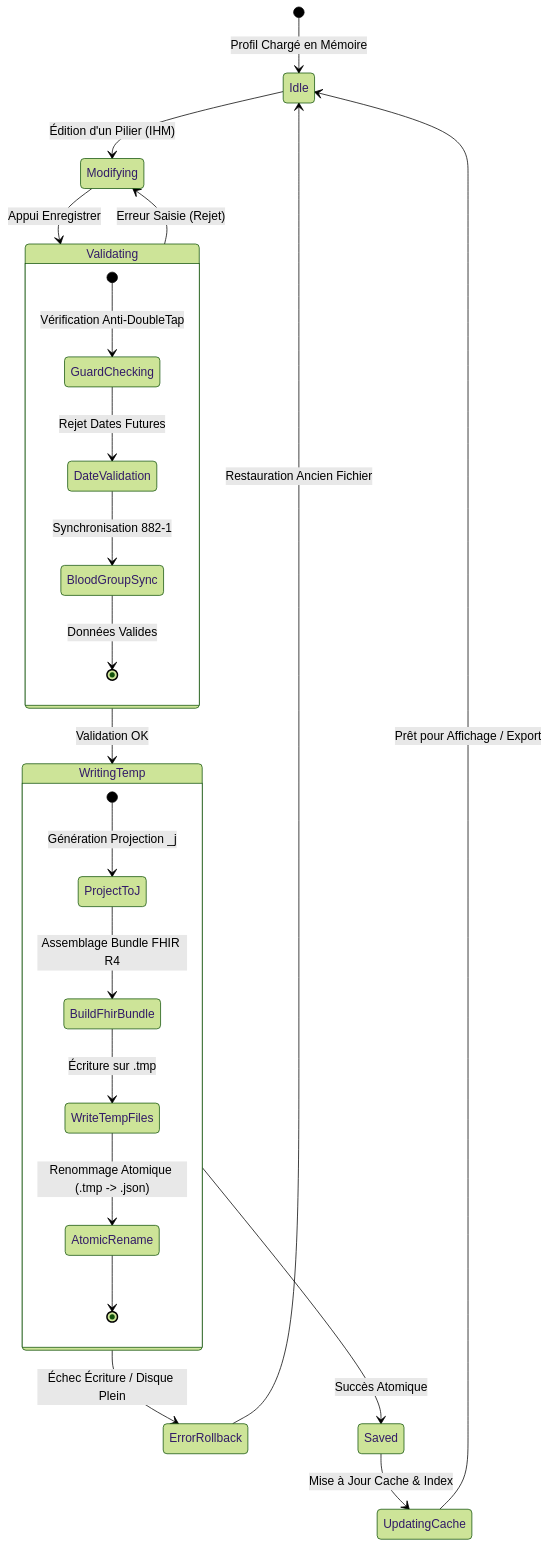
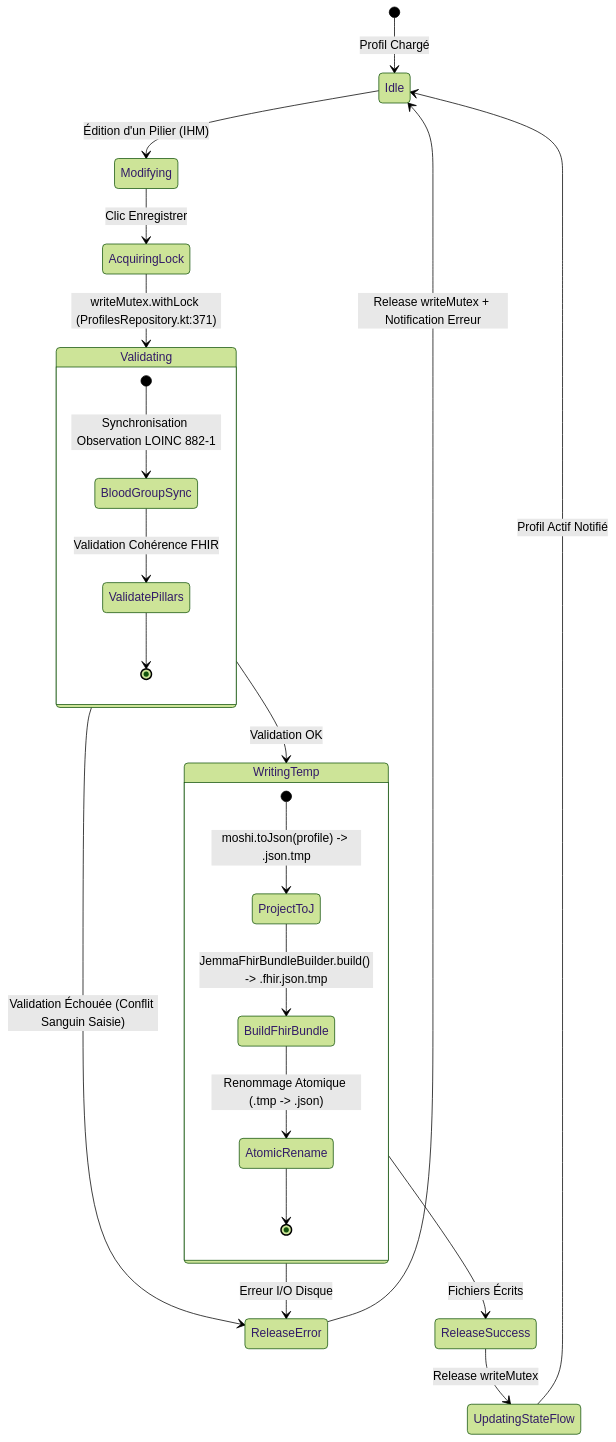
The ninth of 21 diagrams in docs/DOCUMENTATION_UML_FONCTIONNELLE.md (kurodohenroonsen/JemmaPass), drawn with Mermaid (forest theme) before and after one commit. The commit also changed other lines of this file and 1 other file, not shown here.

First line of the commit message:
docs: correct UML documentation and iOS specifications against codebase reality

````diff
--- a/docs/DOCUMENTATION_UML_FONCTIONNELLE.md
+++ b/docs/DOCUMENTATION_UML_FONCTIONNELLE.md
@@ -410,32 +502,31 @@
 ```mermaid
 stateDiagram-v2
-    [*] --> Idle : Profil Chargé en Mémoire
+    [*] --> Idle : Profil Chargé
 
     Idle --> Modifying : Édition d'un Pilier (IHM)
-    Modifying --> Validating : Appui Enregistrer
+    Modifying --> AcquiringLock : Clic Enregistrer
+    AcquiringLock --> Validating : writeMutex.withLock (ProfilesRepository.kt:371)
     
     state Validating {
-        [*] --> GuardChecking : Vérification Anti-DoubleTap
-        GuardChecking --> DateValidation : Rejet Dates Futures
-        DateValidation --> BloodGroupSync : Synchronisation 882-1
-        BloodGroupSync --> [*] : Données Valides
+        [*] --> BloodGroupSync : Synchronisation Observation LOINC 882-1
+        BloodGroupSync --> ValidatePillars : Validation Cohérence FHIR
+        ValidatePillars --> [*]
     }
 
-    Validating --> Modifying : Erreur Saisie (Rejet)
     Validating --> WritingTemp : Validation OK
+    Validating --> ReleaseError : Validation Échouée (Conflit Sanguin Saisie)
 
     state WritingTemp {
-        [*] --> ProjectToJ : Génération Projection _j
-        ProjectToJ --> BuildFhirBundle : Assemblage Bundle FHIR R4
-        BuildFhirBundle --> WriteTempFiles : Écriture sur .tmp
-        WriteTempFiles --> AtomicRename : Renommage Atomique (.tmp -> .json)
+        [*] --> ProjectToJ : moshi.toJson(profile) -> .json.tmp
+        ProjectToJ --> BuildFhirBundle : JemmaFhirBundleBuilder.build() -> .fhir.json.tmp
+        BuildFhirBundle --> AtomicRename : Renommage Atomique (.tmp -> .json)
         AtomicRename --> [*]
     }
 
-    WritingTemp --> ErrorRollback : Échec Écriture / Disque Plein
-    ErrorRollback --> Idle : Restauration Ancien Fichier
-    WritingTemp --> Saved : Succès Atomique
+    WritingTemp --> ReleaseSuccess : Fichiers Écrits
+    WritingTemp --> ReleaseError : Erreur I/O Disque
 
-    Saved --> UpdatingCache : Mise à Jour Cache & Index
-    UpdatingCache --> Idle : Prêt pour Affichage / Export
+    ReleaseSuccess --> UpdatingStateFlow : Release writeMutex
+    ReleaseError --> Idle : Release writeMutex + Notification Erreur
+    UpdatingStateFlow --> Idle : Profil Actif Notifié
 ```
````
